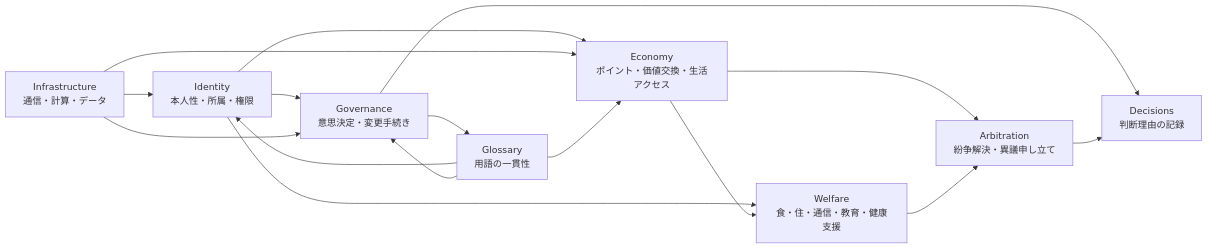
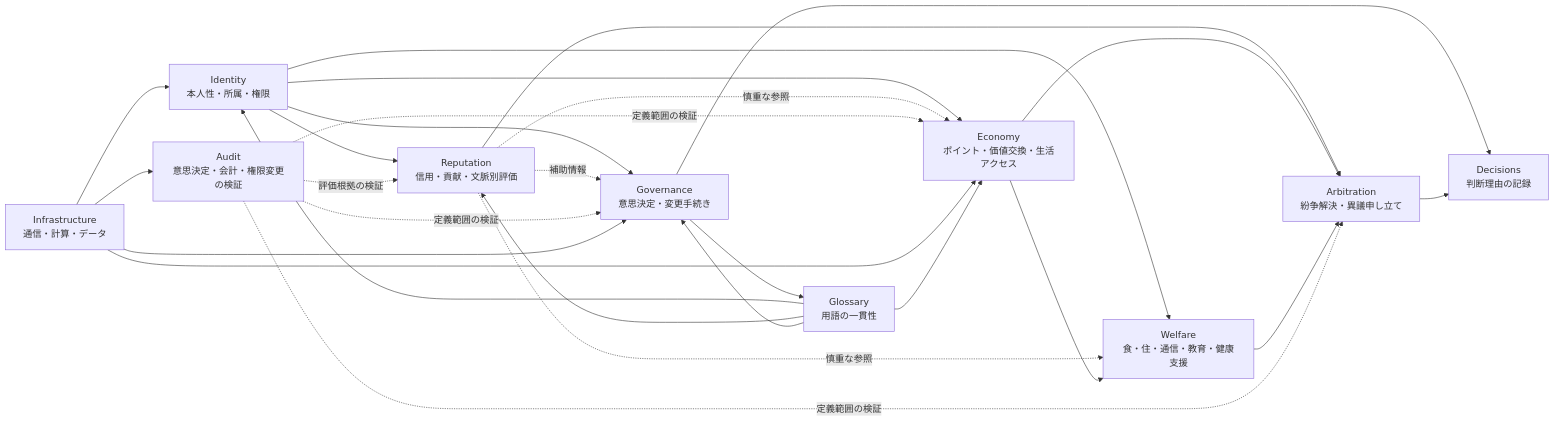
The diagram in assets/diagrams/02-module-relationships.md (acecore-systems/world-foundation), drawn with Mermaid before and after one commit. The commit also changed other lines of this file and 35 other files, not shown here.

````diff
--- a/assets/diagrams/02-module-relationships.md
+++ b/assets/diagrams/02-module-relationships.md
@@ -5,27 +7,40 @@
 ```mermaid
 flowchart LR
   Identity["Identity<br/>本人性・所属・権限"]
+  Reputation["Reputation<br/>信用・貢献・文脈別評価"]
   Economy["Economy<br/>ポイント・価値交換・生活アクセス"]
   Welfare["Welfare<br/>食・住・通信・教育・健康支援"]
   Governance["Governance<br/>意思決定・変更手続き"]
   Arbitration["Arbitration<br/>紛争解決・異議申し立て"]
   Infrastructure["Infrastructure<br/>通信・計算・データ"]
+  Audit["Audit<br/>意思決定・会計・権限変更の検証"]
   Glossary["Glossary<br/>用語の一貫性"]
   Decisions["Decisions<br/>判断理由の記録"]
 
+  Identity --> Reputation
   Identity --> Governance
   Identity --> Welfare
   Identity --> Economy
+  Reputation -. "補助情報" .-> Governance
+  Reputation -. "慎重な参照" .-> Economy
+  Reputation -. "慎重な参照" .-> Welfare
+  Reputation --> Arbitration
   Economy --> Welfare
   Economy --> Arbitration
   Welfare --> Arbitration
   Governance --> Decisions
   Governance --> Glossary
   Arbitration --> Decisions
+  Audit -. "定義範囲の検証" .-> Governance
+  Audit -. "定義範囲の検証" .-> Economy
+  Audit -. "定義範囲の検証" .-> Arbitration
+  Audit -. "評価根拠の検証" .-> Reputation
   Infrastructure --> Identity
   Infrastructure --> Economy
   Infrastructure --> Governance
+  Infrastructure --> Audit
   Glossary --> Identity
+  Glossary --> Reputation
   Glossary --> Economy
   Glossary --> Governance
 ```
````
